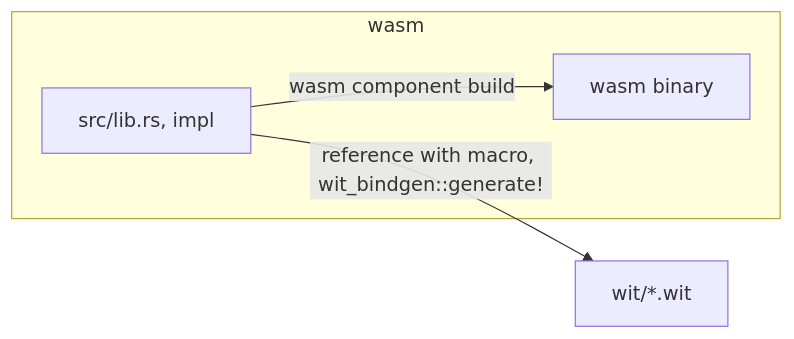
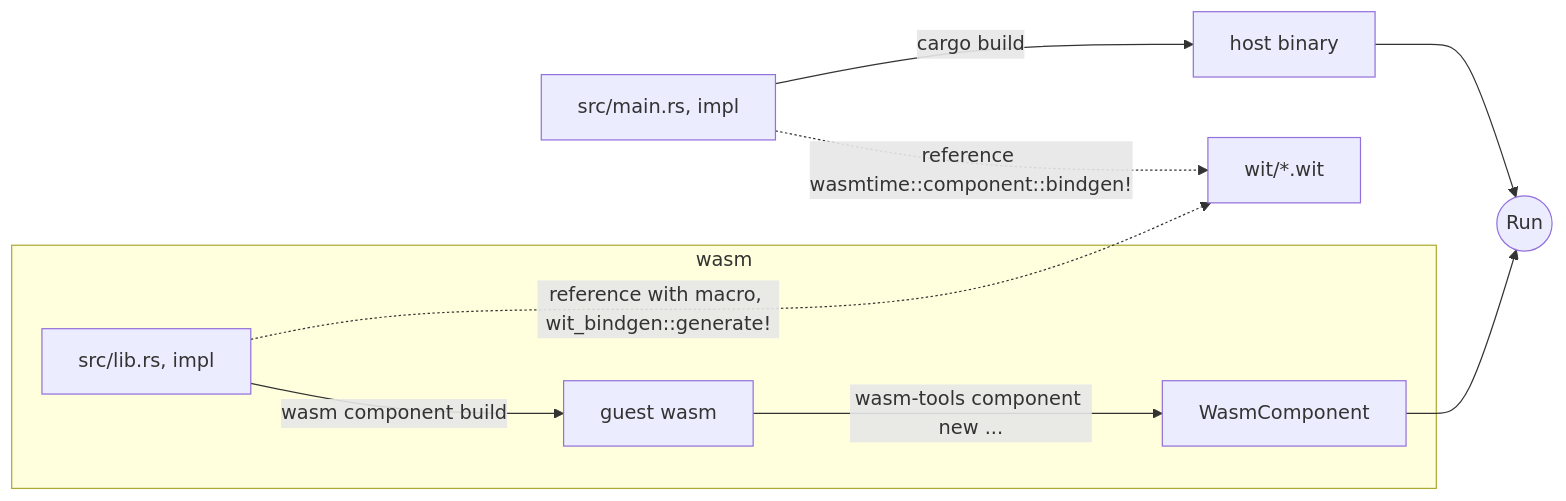
One commit to heya-naohiro/wasm-load-basecamp changed the diagram in README.md. Above: the diagram before and after it, drawn with Mermaid. The commit also changed other lines of this file and 10 other files, not shown here.

Commit message:
build run

````diff
--- a/README.md
+++ b/README.md
@@ -78,9 +78,12 @@
 ```mermaid
 flowchart LR
 subgraph wasm
-WasmLib[src/lib.rs, impl] -->|wasm component build| Wasm[wasm binary]
+WasmLib[src/lib.rs, impl] -->|wasm component build| Wasm[guest wasm]
+Wasm -->|wasm-tools component new ...| WasmComponent
 end
-WasmLib[src/lib.rs, impl] -->|reference with macro, wit_bindgen::generate!| I[wit/*.wit]
- 
-
+WasmLib -.->|reference with macro, wit_bindgen::generate!| I[wit/*.wit]
+HostSrc[src/main.rs, impl] -.->|reference wasmtime::component::bindgen!| I
+HostSrc -->|cargo build | HostApp[host binary]
+HostApp --> Run((Run))
+WasmComponent --> Run((Run))
 ```
````
